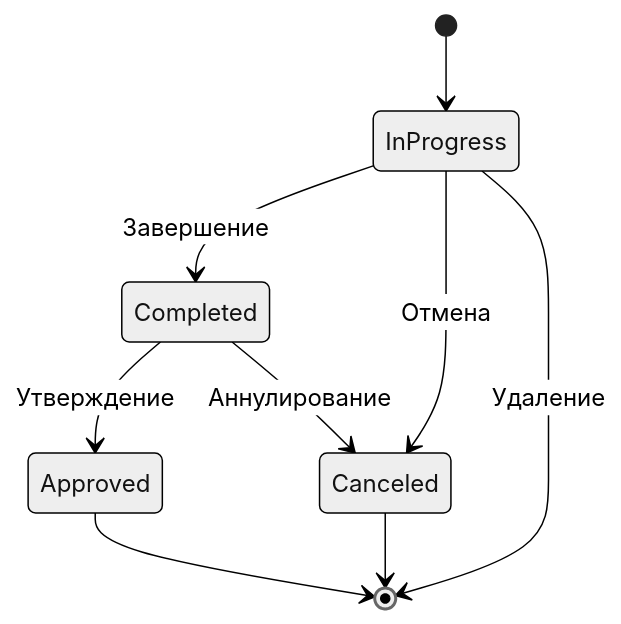
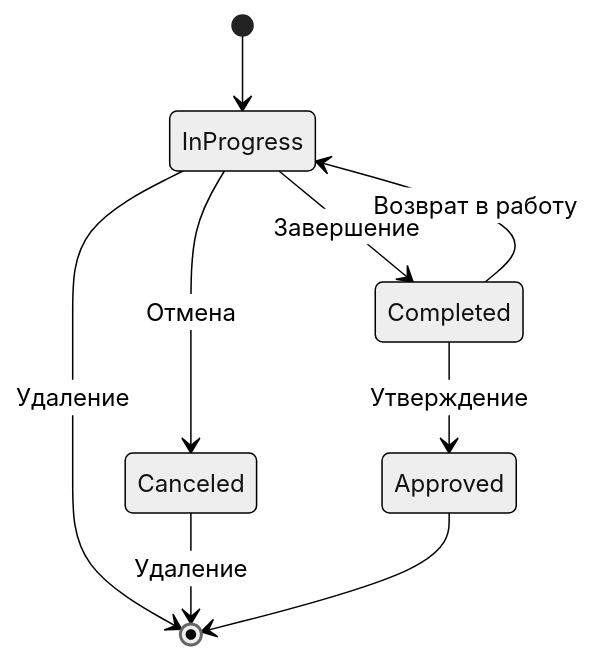
Before and after one commit to SaintEfim/LIMS.DDD: the fourth of 7 diagrams in README.md, drawn with Mermaid (neutral theme). The commit also changed other lines of this file and 1 other file, not shown here.

````diff
--- a/README.md
+++ b/README.md
@@ -370,14 +392,14 @@
 ```mermaid
 stateDiagram-v2
     [*] --> InProgress
 
     InProgress --> Completed : Завершение
     InProgress --> Canceled : Отмена
     InProgress --> [*] : Удаление
 
     Completed --> Approved : Утверждение
-    Completed --> Canceled : Аннулирование
+    Completed --> InProgress : Возврат в работу
 
+    Canceled --> [*] : Удаление
     Approved --> [*]
-    Canceled --> [*]
 ```
````
